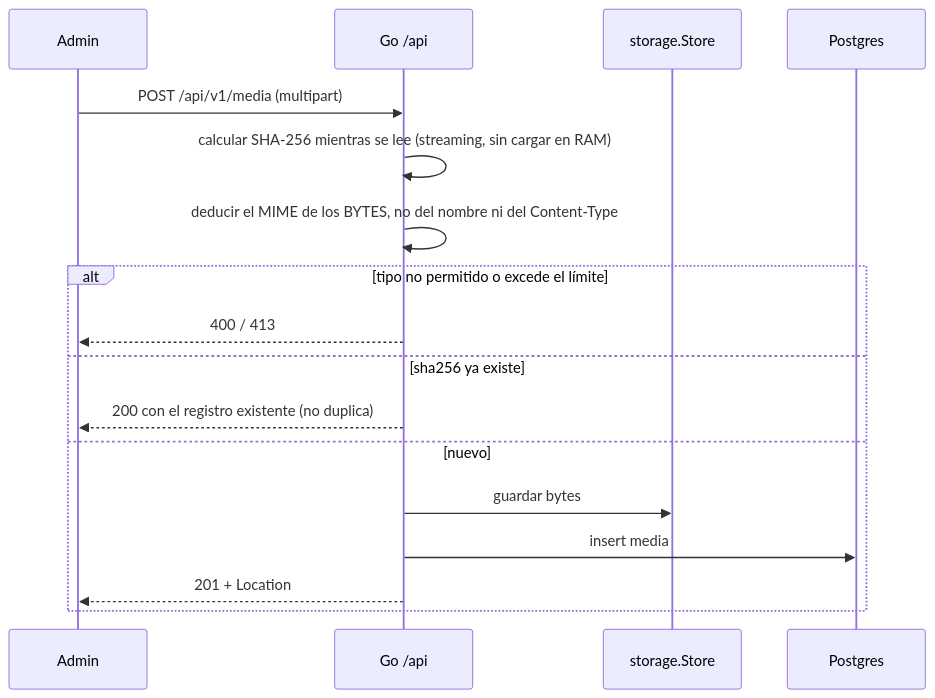
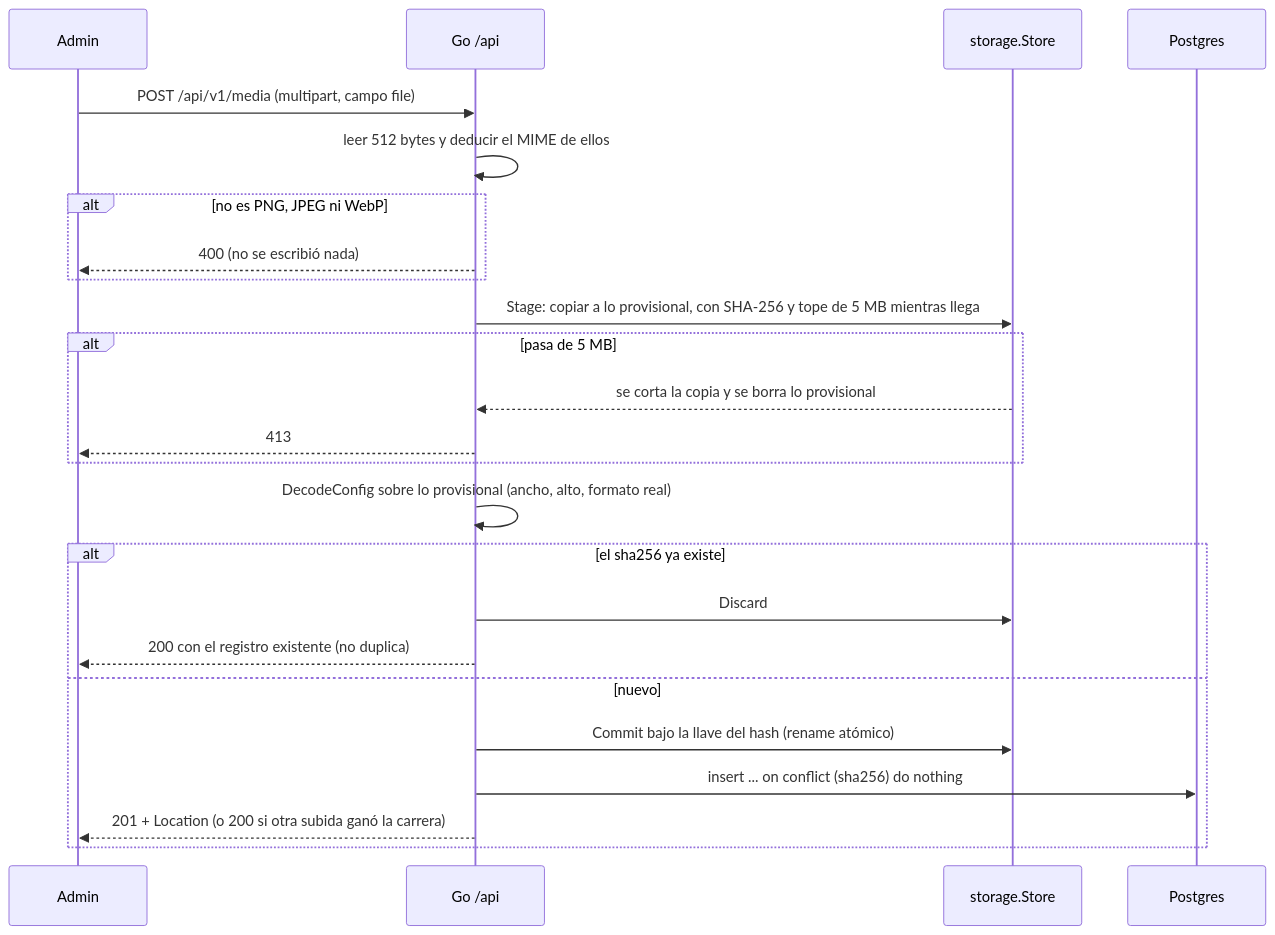
One commit to ElYares/go-starter changed the fifth of 5 diagrams in docs/06-flujos.md. Above: the diagram before and after it, drawn with Mermaid. The commit also changed other lines of this file and 2 other files, not shown here.

Commit message:
docs: los medios, tal como quedaron
03-modelo-de-datos.md ajusta la tabla media a la migracion y explica tres
cosas que no son obvias: la dedup la decide el indice, la llave sale del
hash, y primero va el archivo y despues la fila. 06-flujos.md redibuja la
subida con Stage, Commit y Discard. 08-infra-local.md documenta
STORAGE_PATH, que deja de ser "llega con los medios".

````diff
--- a/docs/06-flujos.md
+++ b/docs/06-flujos.md
@@ -172,20 +172,27 @@
 ```mermaid
 sequenceDiagram
     participant A as Admin
     participant G as Go /api
     participant S as storage.Store
     participant D as Postgres
 
-    A->>G: POST /api/v1/media (multipart)
-    G->>G: calcular SHA-256 mientras se lee (streaming, sin cargar en RAM)
-    G->>G: deducir el MIME de los BYTES, no del nombre ni del Content-Type
-    alt tipo no permitido o excede el límite
-        G-->>A: 400 / 413
-    else sha256 ya existe
+    A->>G: POST /api/v1/media (multipart, campo file)
+    G->>G: leer 512 bytes y deducir el MIME de ellos
+    alt no es PNG, JPEG ni WebP
+        G-->>A: 400 (no se escribió nada)
+    end
+    G->>S: Stage: copiar a lo provisional, con SHA-256 y tope de 5 MB mientras llega
+    alt pasa de 5 MB
+        S-->>G: se corta la copia y se borra lo provisional
+        G-->>A: 413
+    end
+    G->>G: DecodeConfig sobre lo provisional (ancho, alto, formato real)
+    alt el sha256 ya existe
+        G->>S: Discard
         G-->>A: 200 con el registro existente (no duplica)
     else nuevo
-        G->>S: guardar bytes
-        G->>D: insert media
-        G-->>A: 201 + Location
+        G->>S: Commit bajo la llave del hash (rename atómico)
+        G->>D: insert ... on conflict (sha256) do nothing
+        G-->>A: 201 + Location (o 200 si otra subida ganó la carrera)
     end
 ```
````
